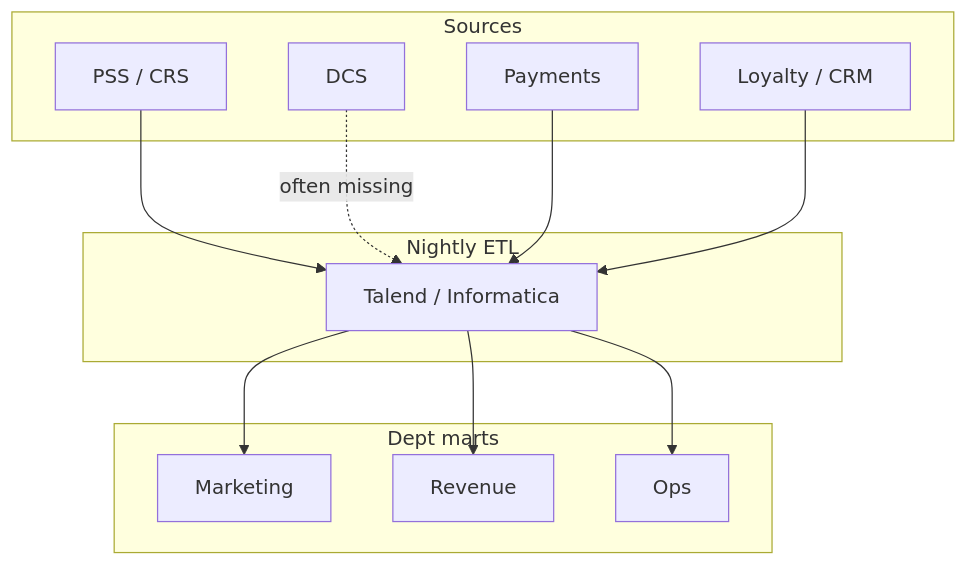
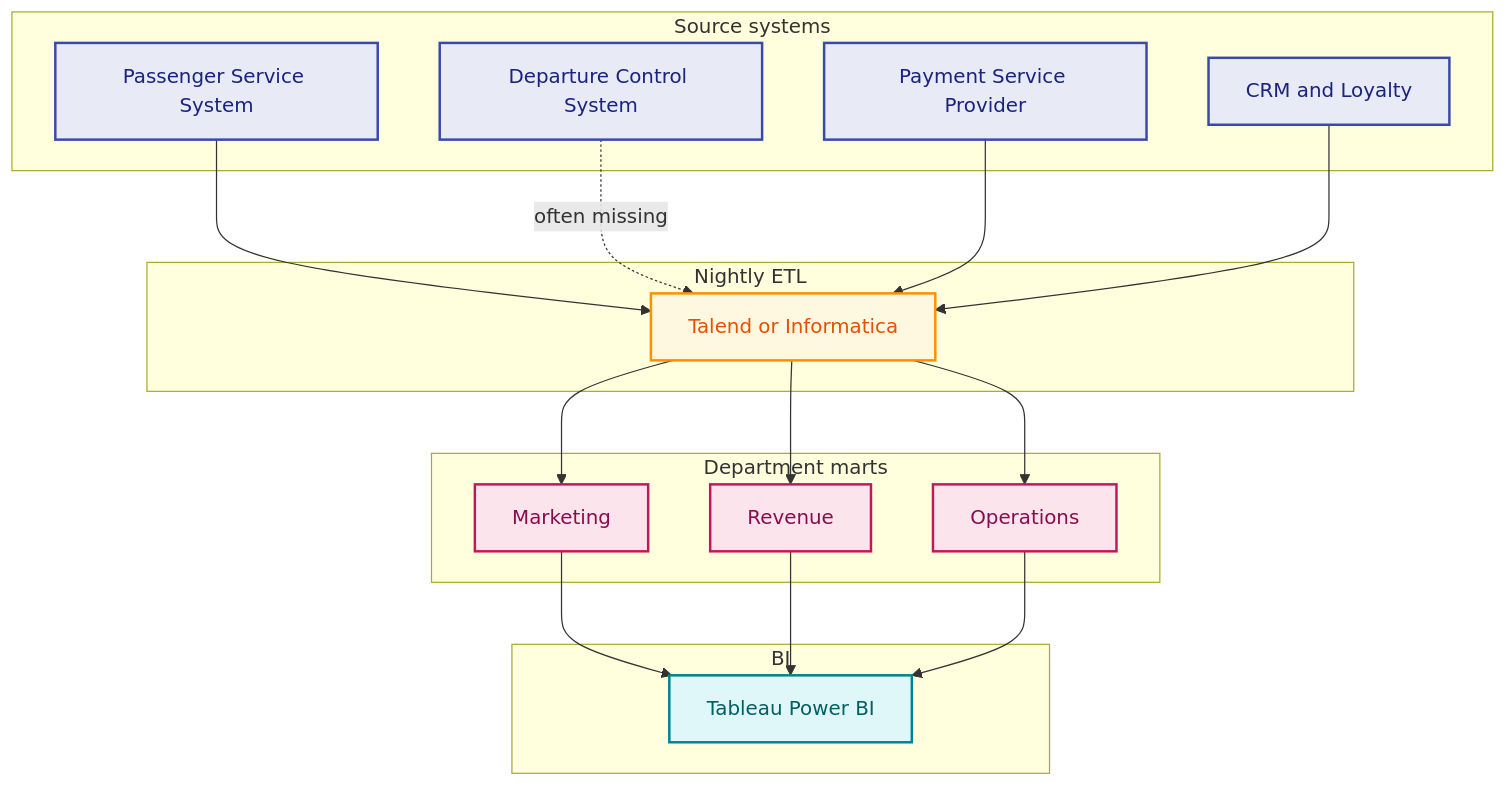
The first of 5 diagrams in README.md (willtran112358/airline-domain-data-platform), drawn with Mermaid before and after one commit. The commit also changed other lines of this file and 6 other files, not shown here.

First line of the commit message:
Fix Mermaid render errors and improve diagram visuals

````diff
--- a/README.md
+++ b/README.md
@@ -74,24 +86,35 @@
 ```mermaid
 flowchart TB
-    subgraph src["Sources"]
-        PSS["PSS / CRS"]
-        DCS["DCS"]
-        PAY["Payments"]
-        CRM["Loyalty / CRM"]
+    classDef source fill:#e8eaf6,stroke:#3949ab,stroke-width:2px,color:#1a237e
+    classDef ingest fill:#fff8e1,stroke:#ff8f00,stroke-width:2px,color:#e65100
+    classDef store fill:#fce4ec,stroke:#c2185b,stroke-width:2px,color:#880e4f
+    classDef bi fill:#e0f7fa,stroke:#00838f,stroke-width:2px,color:#006064
+
+    subgraph src["Source systems"]
+        PSS["Passenger Service System"]:::source
+        DCS["Departure Control System"]:::source
+        PAY["Payment Service Provider"]:::source
+        CRM["CRM and Loyalty"]:::source
     end
     subgraph etl["Nightly ETL"]
-        T["Talend / Informatica"]
+        T["Talend or Informatica"]:::ingest
     end
-    subgraph marts["Dept marts"]
-        M1["Marketing"]
-        M2["Revenue"]
-        M3["Ops"]
+    subgraph marts["Department marts"]
+        M1["Marketing"]:::store
+        M2["Revenue"]:::store
+        M3["Operations"]:::store
+    end
+    subgraph bi["BI"]
+        TAB["Tableau Power BI"]:::bi
     end
     PSS --> T
-    DCS -.->|often missing| T
+    DCS -.->|"often missing"| T
     PAY --> T
     CRM --> T
     T --> M1
     T --> M2
     T --> M3
+    M1 --> TAB
+    M2 --> TAB
+    M3 --> TAB
 ```
````
